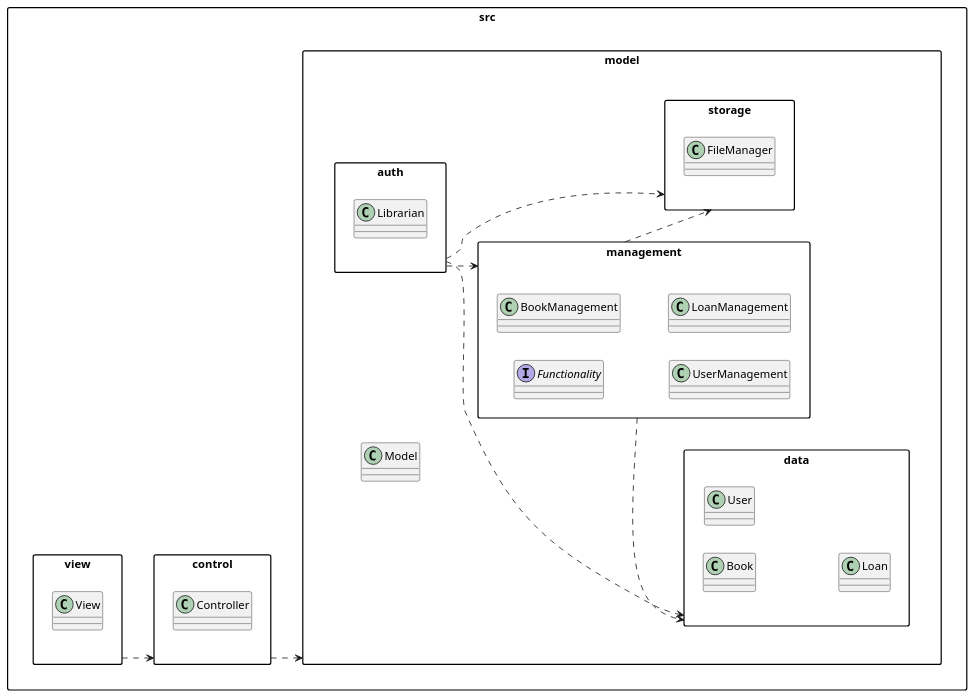
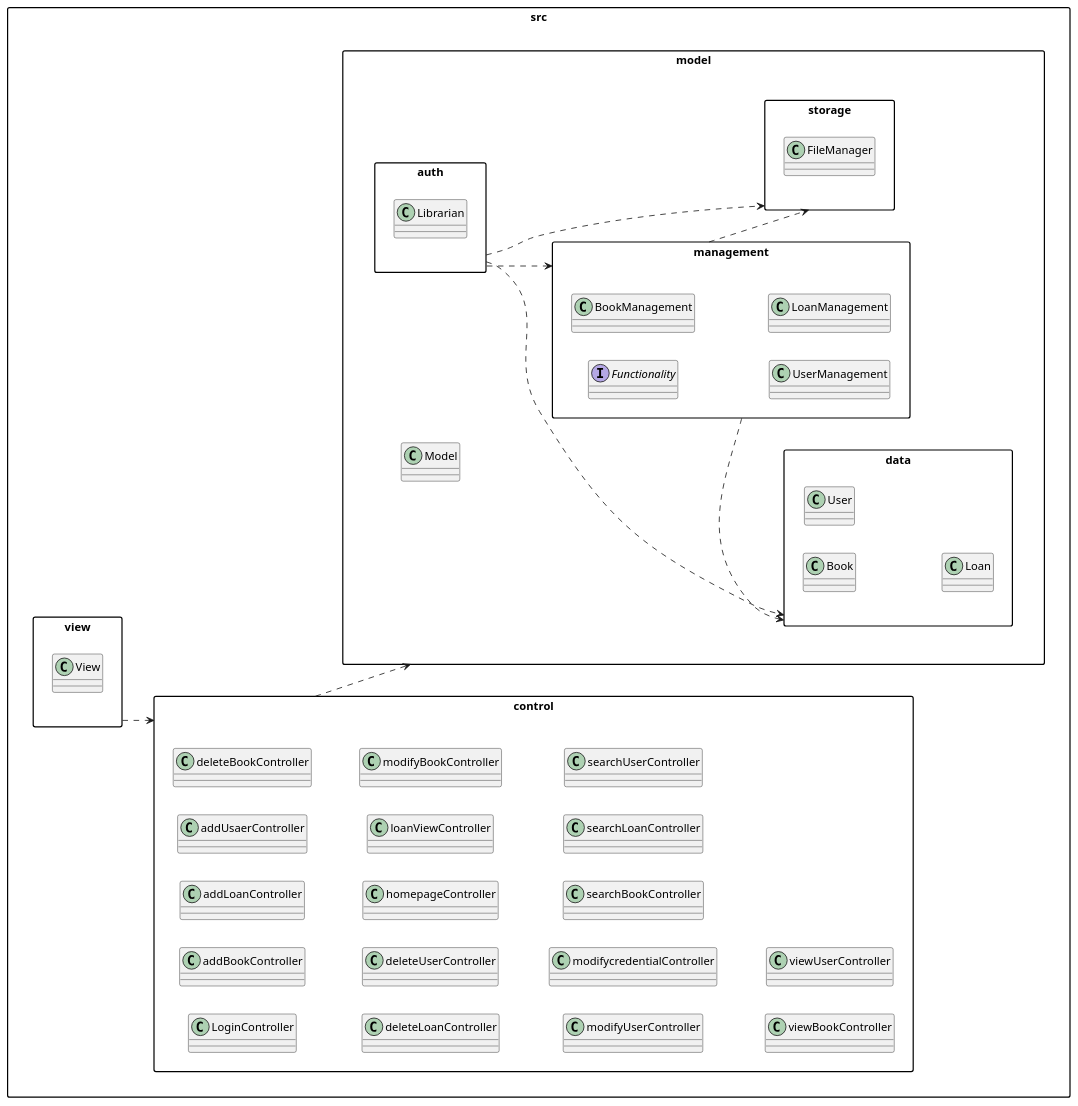
The diagram in gruppo14BibliotecaUniversitaria/uml/PackageDiagram.puml (brunooliva7/Project-Ingegneria-del-Software14), drawn with PlantUML before and after one commit. The commit also changed 1 other file, not shown here.

```diff
--- a/gruppo14BibliotecaUniversitaria/uml/PackageDiagram.puml
+++ b/gruppo14BibliotecaUniversitaria/uml/PackageDiagram.puml
@@ -1,50 +1,66 @@
 @startuml
 skinparam packageStyle rectangle
 left to right direction
 
 
 package "src"{  
-  package "model" {
-    package "data" {
-    class Book
-    class User
-    class Loan
-    }
-    
-    package "management" {
-      interface Functionality
-      class BookManagement
-      class UserManagement
-      class LoanManagement
+    package "model" {
+        package "data" {
+            class Book
+            class User
+            class Loan
+        }
+
+        package "management" {
+            interface Functionality
+            class BookManagement
+            class UserManagement
+            class LoanManagement
+        }
+
+        package "auth" {
+            class Librarian
+        }
+
+        package "storage" {
+            class FileManager
+        }
+
+        class Model
+}
+
+    package "view" {
+        class View
     }
 
-    package "auth" {
-      class Librarian
+    package "control" {
+        class LoginController
+        class addBookController
+        class addLoanController
+        class addUsaerController
+        class deleteBookController
+        class deleteLoanController
+        class deleteUserController
+        class homepageController
+        class loanViewController
+        class modifyBookController
+        class modifyUserController
+        class modifycredentialController
+        class searchBookController
+        class searchLoanController
+        class searchUserController
+        class viewBookController
+        class viewUserController
     }
-
-    package "storage" {
-      class FileManager
-    }
-
-    class Model
-}
-
-  package "view" {
-    class View
-  }
-
-  package "control" {
-    class Controller
-  }
   
 ' Relazioni MVC
 view ..> control
 control ..> model
 
 ' Relazioni interne al package model
 management ..> data
 management ..> storage
 auth ..> data
 auth ..> storage
 auth ..> management
 @enduml
```
